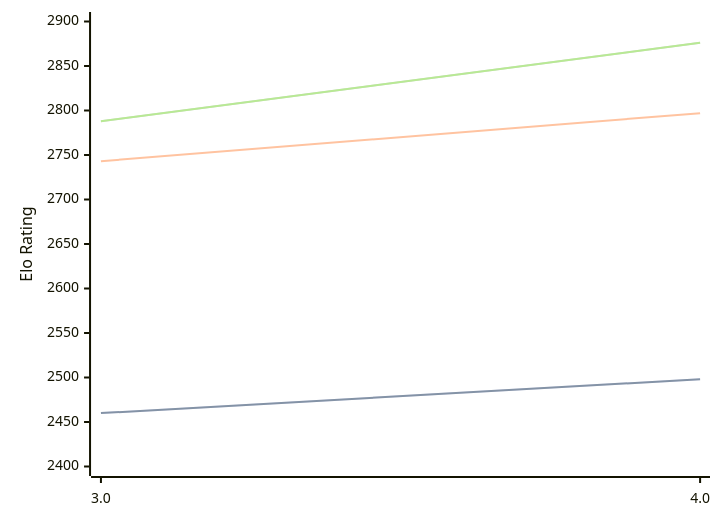
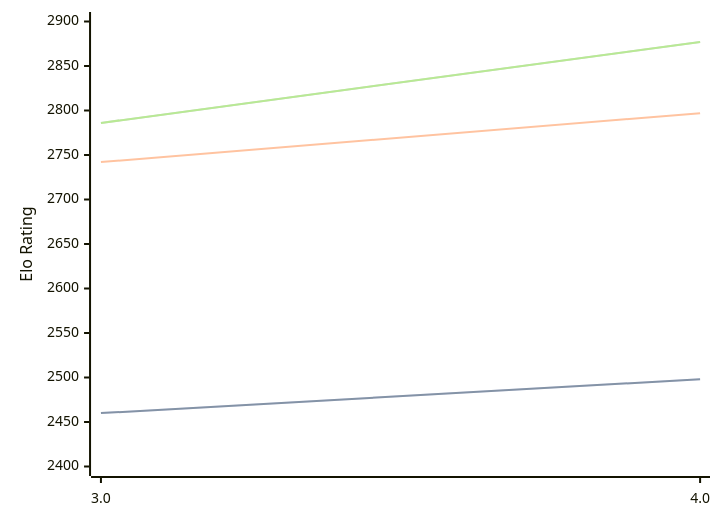
One commit to computer-chess-index/cci changed the first of 3 diagrams in engines/Chess3.md. Above: the diagram before and after it, drawn with Mermaid. The commit also changed other lines of this file, not shown here.

Commit message:
Update CCI Ratings (ELO VLTC) - 2026-06-19

````diff
--- a/engines/Chess3.md
+++ b/engines/Chess3.md
@@ -34,11 +34,11 @@
 ```mermaid
 %%{init: {"theme":"base","themeVariables":{"seriesColors:['#a3a3a3','#222221','#faa371']}}}%%
 xychart-beta
   x-axis ["3.0", "4.0"]
   y-axis "Elo Rating" 2400 --> 2900
   line "STC (8.0+0.08s)" [2460, 2498]
   line "STC (8.0+0.08s)" [2460, 2498]
-  line "LTC (60.0+0.60s)" [2743, 2797]
-  line "VLTC (2m24s+1.12s)" [2788, 2876]
-  line "VLTC (2m24s+1.12s)" [2788, 2876]
+  line "LTC (60.0+0.60s)" [2742, 2797]
+  line "VLTC (2m24s+1.12s)" [2786, 2877]
+  line "VLTC (2m24s+1.12s)" [2786, 2877]
 ```
````
